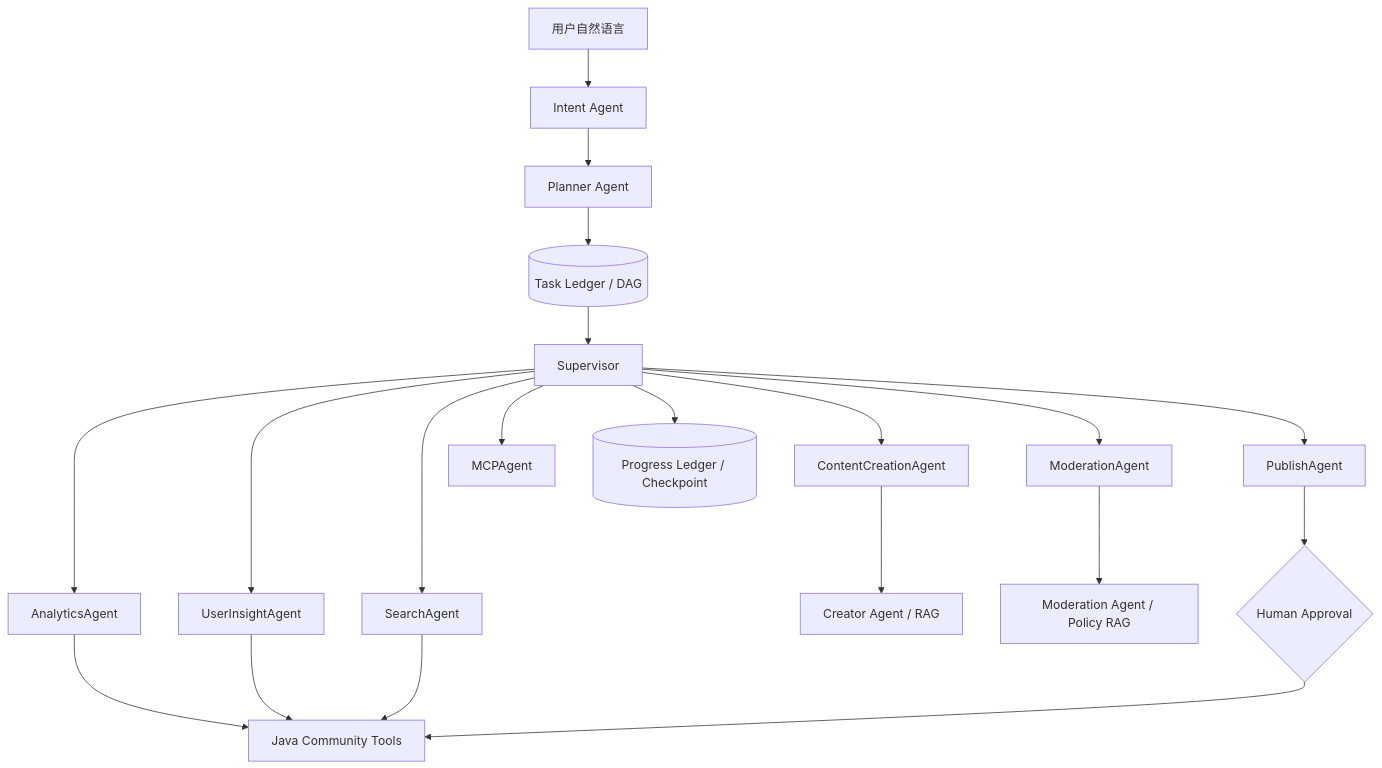
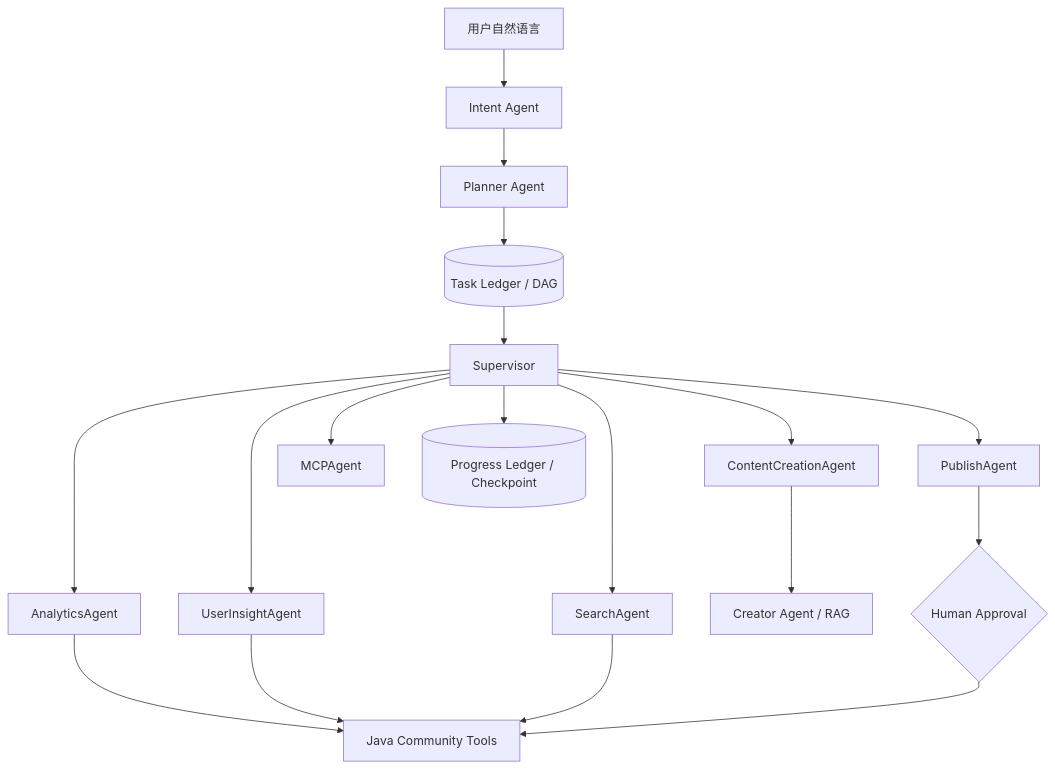
One commit to SNXIY/GreenBook changed the diagram in docs/community-agent-orchestration.md. Above: the diagram before and after it, drawn with Mermaid. The commit also changed other lines of this file and 13 other files, not shown here.

````diff
--- a/docs/community-agent-orchestration.md
+++ b/docs/community-agent-orchestration.md
@@ -11,22 +11,20 @@
 ```mermaid
 flowchart TD
     U[用户自然语言] --> I[Intent Agent]
     I --> P[Planner Agent]
     P --> L[(Task Ledger / DAG)]
     L --> S[Supervisor]
     S --> A[AnalyticsAgent]
     S --> UI[UserInsightAgent]
     S --> C[ContentCreationAgent]
-    S --> M[ModerationAgent]
     S --> PA[PublishAgent]
     S --> SE[SearchAgent]
     S --> MCP[MCPAgent]
     A --> J[Java Community Tools]
     UI --> J
     SE --> J
     C --> CA[Creator Agent / RAG]
-    M --> MA[Moderation Agent / Policy RAG]
     PA --> H{Human Approval}
     H --> J
     S --> PG[(Progress Ledger / Checkpoint)]
 ```
````
